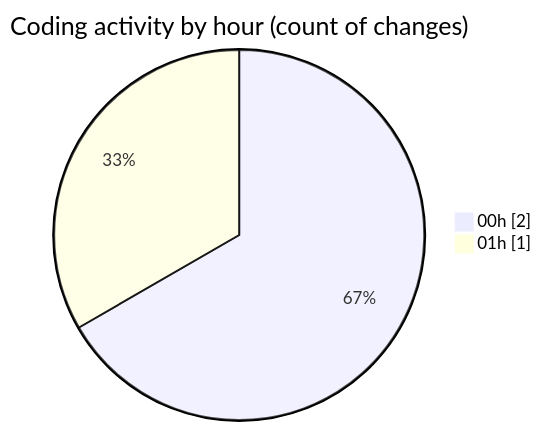
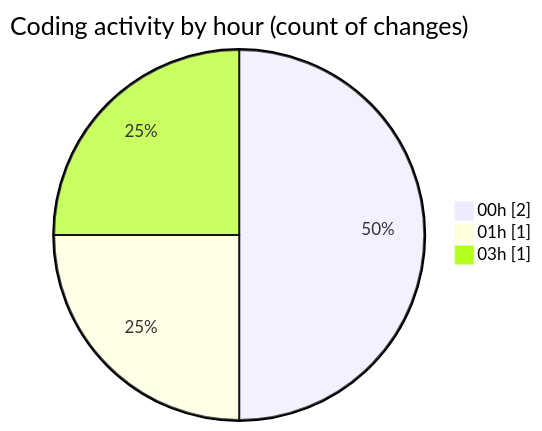
One commit to julien-gomy/code-tracking changed the second of 2 diagrams in 2025-11-14/eventscop-api-guide__workspace_/README.md. Above: the diagram before and after it, drawn with Mermaid. The commit also changed other lines of this file and 1 other file, not shown here.

````diff
--- a/2025-11-14/eventscop-api-guide__workspace_/README.md
+++ b/2025-11-14/eventscop-api-guide__workspace_/README.md
@@ -30,6 +31,7 @@
 ```mermaid
 pie showData
 title Coding activity by hour (count of changes)
 "00h" : 2
 "01h" : 1
+"03h" : 1
 ```
````
